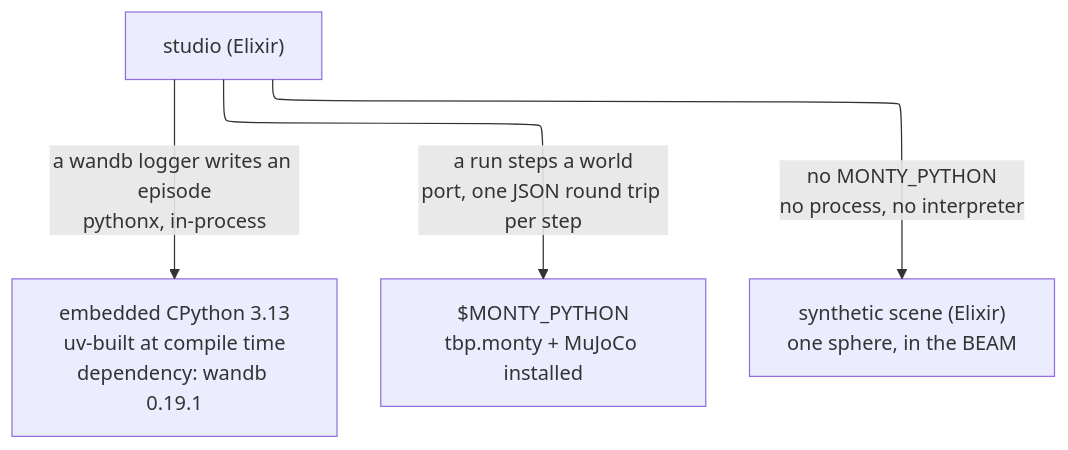
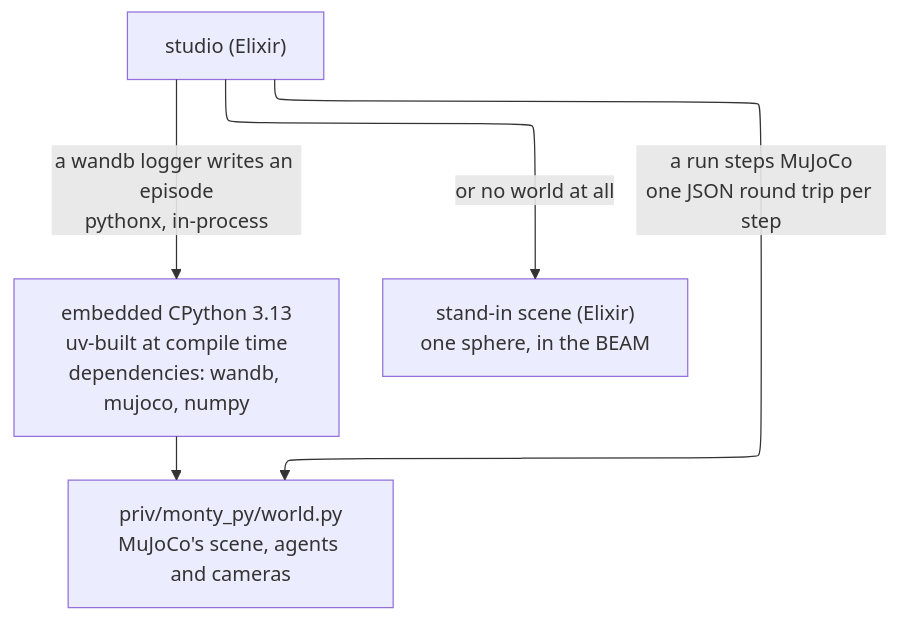
The second of 7 diagrams in docs/architecture.md (d-led/ex.tbp.monty), drawn with Mermaid before and after one commit. The commit also changed other lines of this file and 42 other files, not shown here.

````diff
--- a/docs/architecture.md
+++ b/docs/architecture.md
@@ -175,10 +177,11 @@
 ```mermaid
 ---
 config:
   layout: elk
 ---
 flowchart TD
-    studio["studio (Elixir)"] -->|"a wandb logger writes an episode<br/>pythonx, in-process"| embedded["embedded CPython 3.13<br/>uv-built at compile time<br/>dependency: wandb 0.19.1"]
-    studio -->|"a run steps a world<br/>port, one JSON round trip per step"| monty["$MONTY_PYTHON<br/>tbp.monty + MuJoCo installed"]
-    studio -->|"no MONTY_PYTHON<br/>no process, no interpreter"| synthetic["synthetic scene (Elixir)<br/>one sphere, in the BEAM"]
+    studio["studio (Elixir)"] -->|"a wandb logger writes an episode<br/>pythonx, in-process"| embedded["embedded CPython 3.13<br/>uv-built at compile time<br/>dependencies: wandb, mujoco, numpy"]
+    studio -->|"a run steps MuJoCo<br/>one JSON round trip per step"| world["priv/monty_py/world.py<br/>MuJoCo's scene, agents and cameras"]
+    embedded --> world
+    studio -->|"or no world at all"| synthetic["stand-in scene (Elixir)<br/>one sphere, in the BEAM"]
 ```
````
